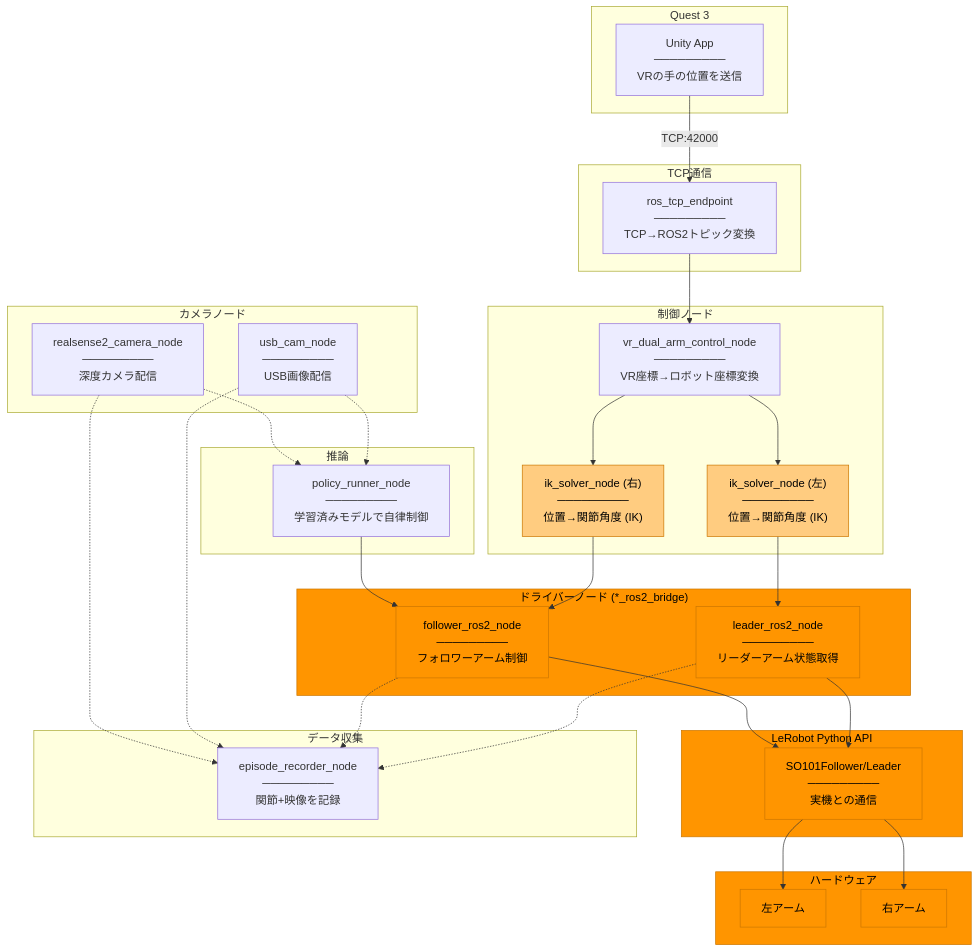
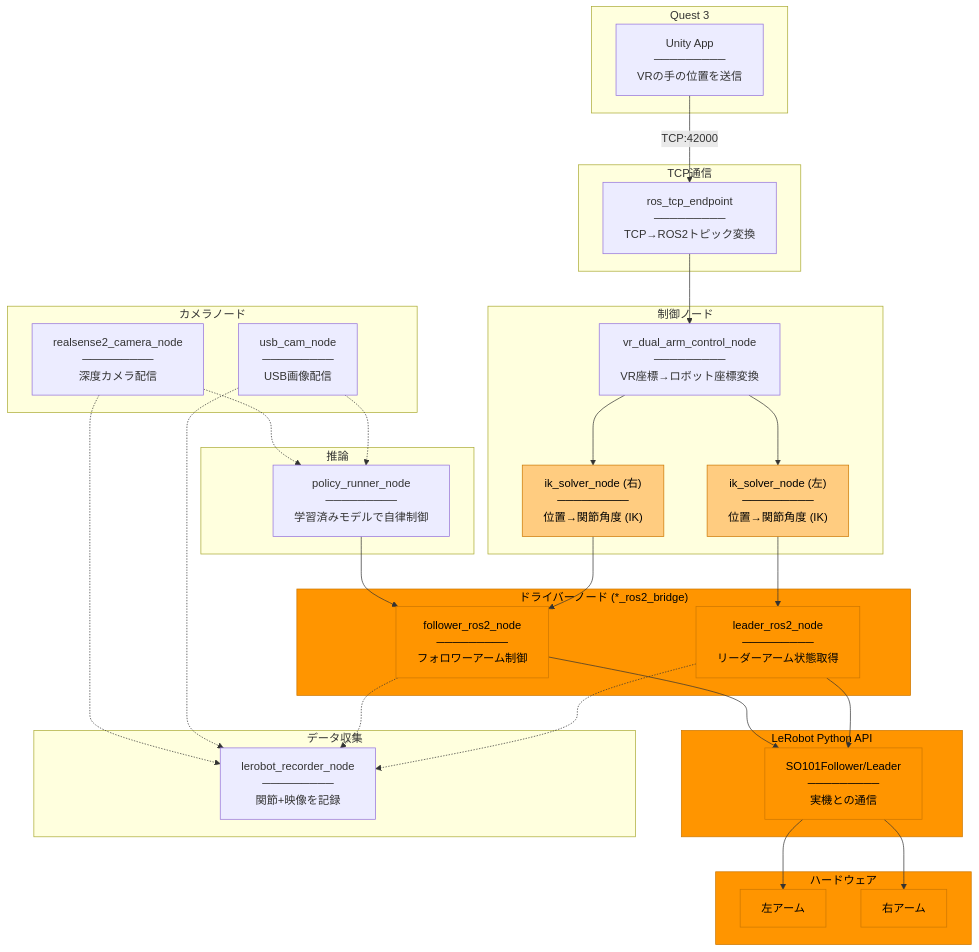
The eighth of 8 diagrams in docs/調整中/technical_details.md (takatronix/vlabor_ros2), drawn with Mermaid before and after one commit. The commit also changed other lines of this file and 30 other files, not shown here.

````diff
--- a/docs/調整中/technical_details.md
+++ b/docs/調整中/technical_details.md
@@ -381,74 +381,74 @@
 ```mermaid
 flowchart TB
     subgraph Quest3["Quest 3"]
         Unity["Unity App<br/>─────────<br/>VRの手の位置を送信"]
     end
 
     subgraph TCP["TCP通信"]
         Endpoint["ros_tcp_endpoint<br/>─────────<br/>TCP→ROS2トピック変換"]
     end
 
     subgraph Control["制御ノード"]
         VRCtrl["vr_dual_arm_control_node<br/>─────────<br/>VR座標→ロボット座標変換"]
         IKL["ik_solver_node (左)<br/>─────────<br/>位置→関節角度 (IK)"]
         IKR["ik_solver_node (右)<br/>─────────<br/>位置→関節角度 (IK)"]
     end
 
     subgraph Driver["ドライバーノード (*_ros2_bridge)"]
         Leader["leader_ros2_node<br/>─────────<br/>リーダーアーム状態取得"]
         Follower["follower_ros2_node<br/>─────────<br/>フォロワーアーム制御"]
     end
 
     subgraph LeRobotLayer["LeRobot Python API"]
         LeRobotAPI["SO101Follower/Leader<br/>─────────<br/>実機との通信"]
     end
 
     subgraph Camera["カメラノード"]
         USBCam["usb_cam_node<br/>─────────<br/>USB画像配信"]
         RSCam["realsense2_camera_node<br/>─────────<br/>深度カメラ配信"]
     end
 
     subgraph Data["データ収集"]
-        Recorder["episode_recorder_node<br/>─────────<br/>関節+映像を記録"]
+        Recorder["lerobot_recorder_node<br/>─────────<br/>関節+映像を記録"]
     end
 
     subgraph Inference["推論"]
         Runner["policy_runner_node<br/>─────────<br/>学習済みモデルで自律制御"]
     end
 
     subgraph Robot["ハードウェア"]
         LeftArm["左アーム"]
         RightArm["右アーム"]
     end
 
     Unity -->|TCP:42000| Endpoint
     Endpoint --> VRCtrl
     VRCtrl --> IKL
     VRCtrl --> IKR
     IKL --> Leader
     IKR --> Follower
     Leader --> LeRobotAPI
     Follower --> LeRobotAPI
     LeRobotAPI --> LeftArm
     LeRobotAPI --> RightArm
 
     Leader -.-> Recorder
     Follower -.-> Recorder
     USBCam -.-> Recorder
     RSCam -.-> Recorder
 
     USBCam -.-> Runner
     RSCam -.-> Runner
     Runner --> Follower
 
     style Driver fill:#ff9500,stroke:#cc7700,color:#000
     style Leader fill:#ff9500,stroke:#cc7700,color:#000
     style Follower fill:#ff9500,stroke:#cc7700,color:#000
     style LeRobotLayer fill:#ff9500,stroke:#cc7700,color:#000
     style LeRobotAPI fill:#ff9500,stroke:#cc7700,color:#000
     style Robot fill:#ff9500,stroke:#cc7700,color:#000
     style LeftArm fill:#ff9500,stroke:#cc7700,color:#000
     style RightArm fill:#ff9500,stroke:#cc7700,color:#000
     style IKL fill:#ffcc80,stroke:#cc7700,color:#000
     style IKR fill:#ffcc80,stroke:#cc7700,color:#000
 ```
````
